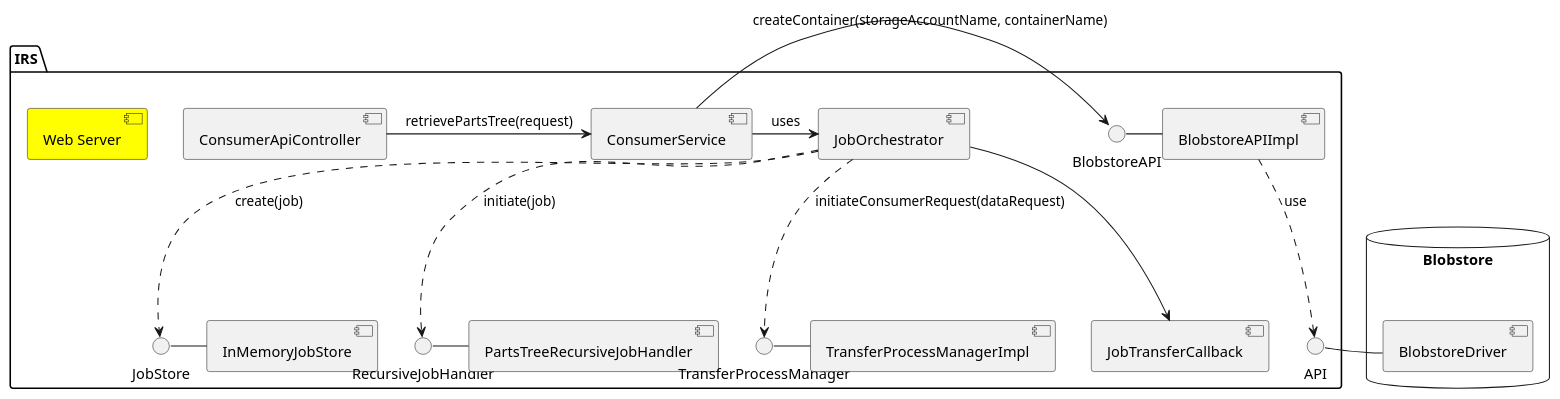
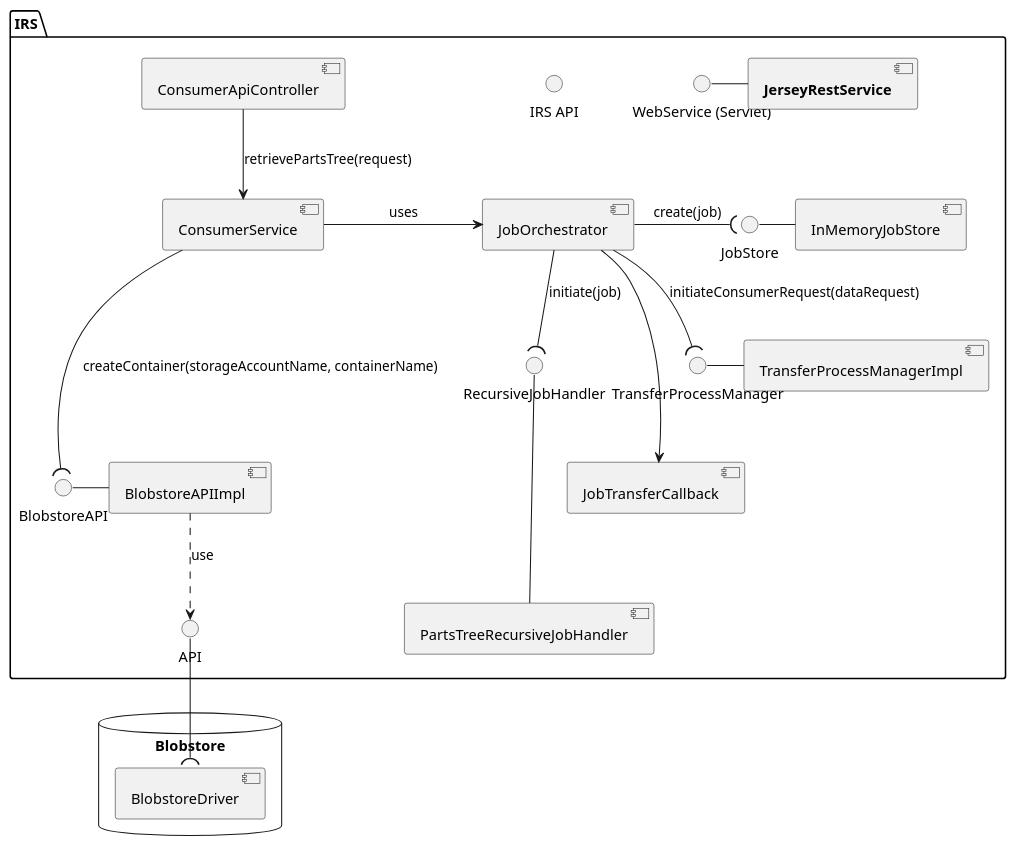
The diagram in uml-diagramms/job-orchistration-component.puml (eclipse-tractusx/item-relationship-service), drawn with PlantUML before and after one commit. The commit also changed 1 other file, not shown here.

Commit message:
chore(uml):[TRI-300] change layout

```diff
--- a/uml-diagramms/job-orchistration-component.puml
+++ b/uml-diagramms/job-orchistration-component.puml
@@ -1,39 +1,44 @@
 @startuml
 'https://plantuml.com/component-diagram
 
+skinparam monochrome true
+skinparam shadowing false
 
 package "IRS" {
 
-  component  [Web Server] #Yellow
+  interface "WebService (Servlet)"  as WebService
+  component [**JerseyRestService**] as JerseyRestService
+  WebService - JerseyRestService
+  interface "IRS API"  as IrsAPI
   [ConsumerApiController]
   [ConsumerService]
-  ConsumerApiController -> ConsumerService : retrievePartsTree(request)
+  ConsumerApiController --> ConsumerService : retrievePartsTree(request)
   BlobstoreAPI - [BlobstoreAPIImpl]
 
-  ConsumerService -> BlobstoreAPI : createContainer(storageAccountName, containerName)
+  ConsumerService ---( BlobstoreAPI : createContainer(storageAccountName, containerName)
   [JobOrchestrator]
   ConsumerService -> JobOrchestrator : uses
   BlobstoreAPIImpl ..> API : use
   JobStore -  [InMemoryJobStore]
-  JobOrchestrator ..> JobStore : create(job)
+  JobOrchestrator -( JobStore : create(job)
 
-  RecursiveJobHandler - [PartsTreeRecursiveJobHandler]
-  JobOrchestrator ..> RecursiveJobHandler: initiate(job)
+  RecursiveJobHandler --- [PartsTreeRecursiveJobHandler]
+  JobOrchestrator --( RecursiveJobHandler: initiate(job)
 
   TransferProcessManager - [TransferProcessManagerImpl]
-  JobOrchestrator ..> TransferProcessManager: initiateConsumerRequest(dataRequest)
+  JobOrchestrator --( TransferProcessManager: initiateConsumerRequest(dataRequest)
 
-  JobOrchestrator --> [JobTransferCallback]
+  JobOrchestrator ---> [JobTransferCallback]
 }
 
 
 package "Blobstore" {
-  API - [BlobstoreDriver]
+  API --( [BlobstoreDriver]
 
 }
 
 database Blobstore {
 }
 
 
 @enduml
```
